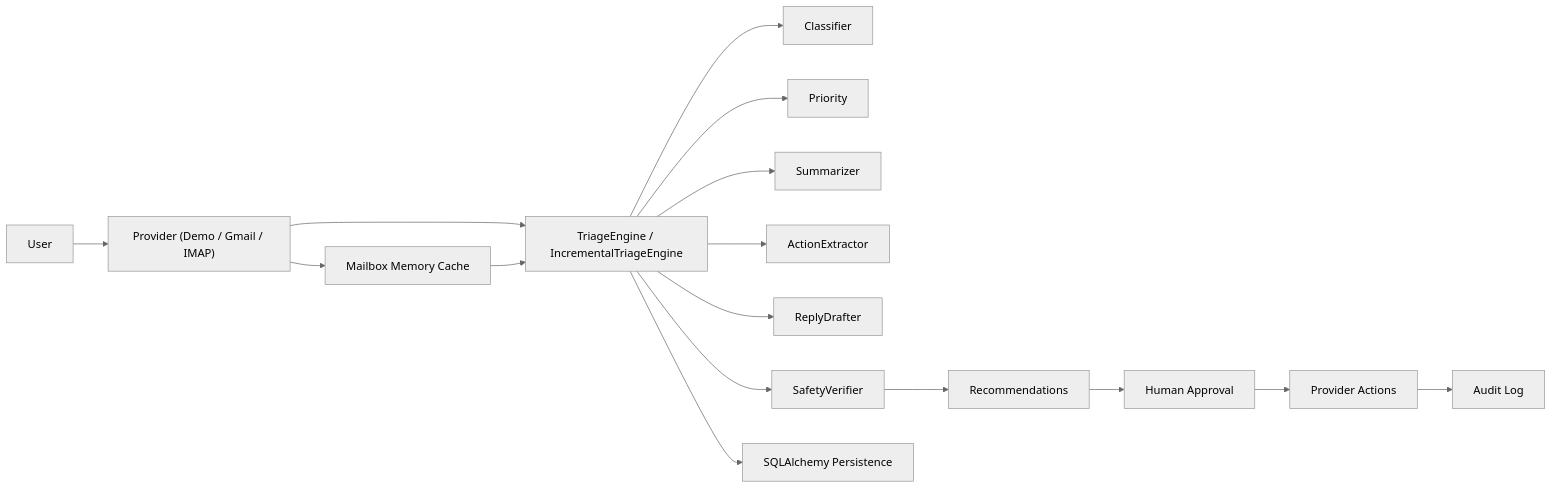
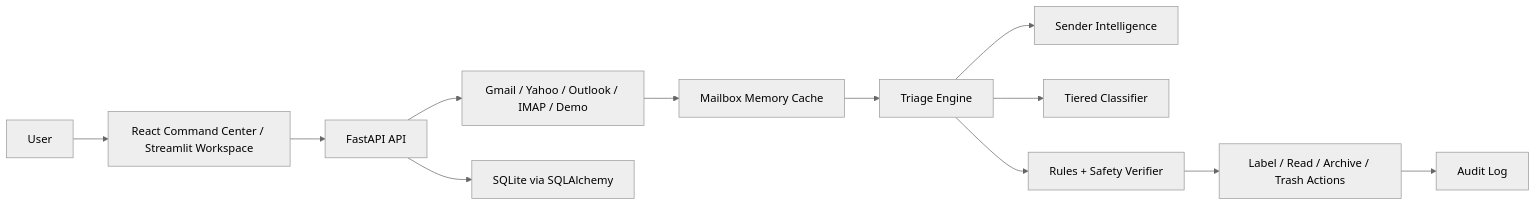
The diagram in README.md (lucaomul/InboxAnchor), drawn with Mermaid (neutral theme) before and after one commit. The commit also changed other lines of this file and 10 other files, not shown here.

````diff
--- a/README.md
+++ b/README.md
@@ -38,18 +66,14 @@
 ```mermaid
 flowchart LR
-    User["User"] --> Provider["Provider (Demo / Gmail / IMAP)"]
-    Provider --> Engine["TriageEngine / IncrementalTriageEngine"]
-    Engine --> Classifier["Classifier"]
-    Engine --> Priority["Priority"]
-    Engine --> Summarizer["Summarizer"]
-    Engine --> Extractor["ActionExtractor"]
-    Engine --> Drafter["ReplyDrafter"]
-    Engine --> Safety["SafetyVerifier"]
-    Safety --> Recommendations["Recommendations"]
-    Recommendations --> Approval["Human Approval"]
-    Approval --> Actions["Provider Actions"]
+    User["User"] --> UI["React Command Center / Streamlit Workspace"]
+    UI --> API["FastAPI API"]
+    API --> Providers["Gmail / Yahoo / Outlook / IMAP / Demo"]
+    Providers --> Cache["Mailbox Memory Cache"]
+    Cache --> Triage["Triage Engine"]
+    Triage --> Sender["Sender Intelligence"]
+    Triage --> Classifier["Tiered Classifier"]
+    Triage --> Rules["Rules + Safety Verifier"]
+    Rules --> Actions["Label / Read / Archive / Trash Actions"]
     Actions --> Audit["Audit Log"]
-    Provider --> Cache["Mailbox Memory Cache"]
-    Cache --> Engine
-    Engine --> Persistence["SQLAlchemy Persistence"]
+    API --> DB["SQLite via SQLAlchemy"]
 ```
````
